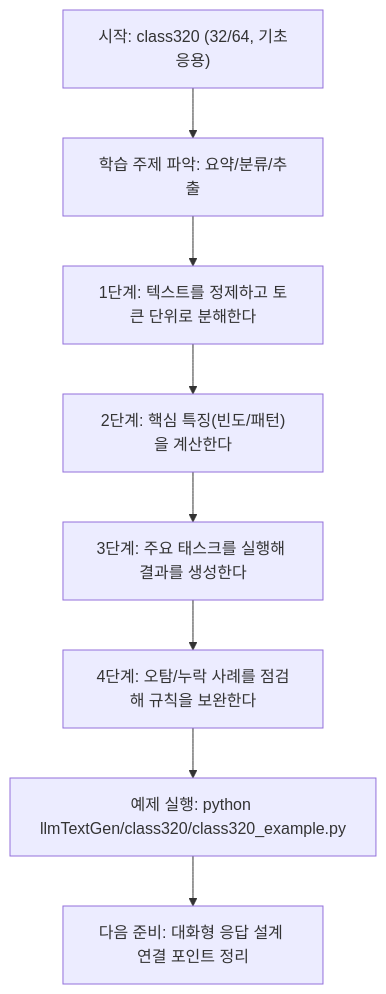
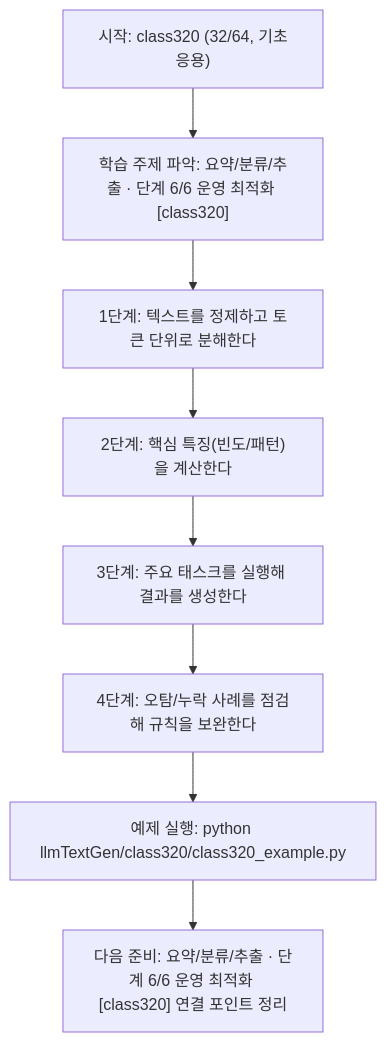
Before and after one commit to edumgt/Python-AI_Agent-Class: the diagram in llmTextGen/class320/class320.md, drawn with Mermaid. The commit also changed other lines of this file and 522 other files, not shown here.

````diff
--- a/llmTextGen/class320/class320.md
+++ b/llmTextGen/class320/class320.md
@@ -113,18 +114,18 @@
 ```mermaid
 flowchart TD
 N1["시작: class320 (32/64, 기초응용)"]
-N2["학습 주제 파악: 요약/분류/추출"]
+N2["학습 주제 파악: 요약/분류/추출 · 단계 6/6 운영 최적화 [class320]"]
 N3["1단계: 텍스트를 정제하고 토큰 단위로 분해한다"]
 N4["2단계: 핵심 특징(빈도/패턴)을 계산한다"]
 N5["3단계: 주요 태스크를 실행해 결과를 생성한다"]
 N6["4단계: 오탐/누락 사례를 점검해 규칙을 보완한다"]
 N7["예제 실행: python llmTextGen/class320/class320_example.py"]
-N8["다음 준비: 대화형 응답 설계 연결 포인트 정리"]
+N8["다음 준비: 요약/분류/추출 · 단계 6/6 운영 최적화 [class320] 연결 포인트 정리"]
 N1 --> N2
 N2 --> N3
 N3 --> N4
 N4 --> N5
 N5 --> N6
 N6 --> N7
 N7 --> N8
 ```
````
